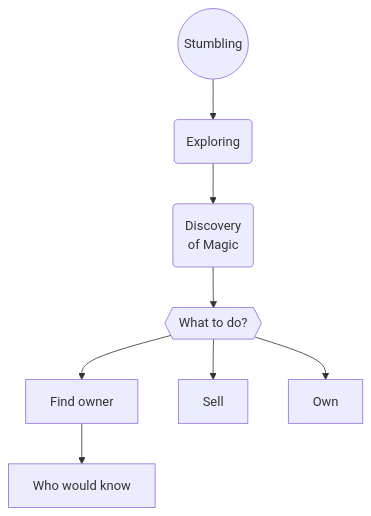
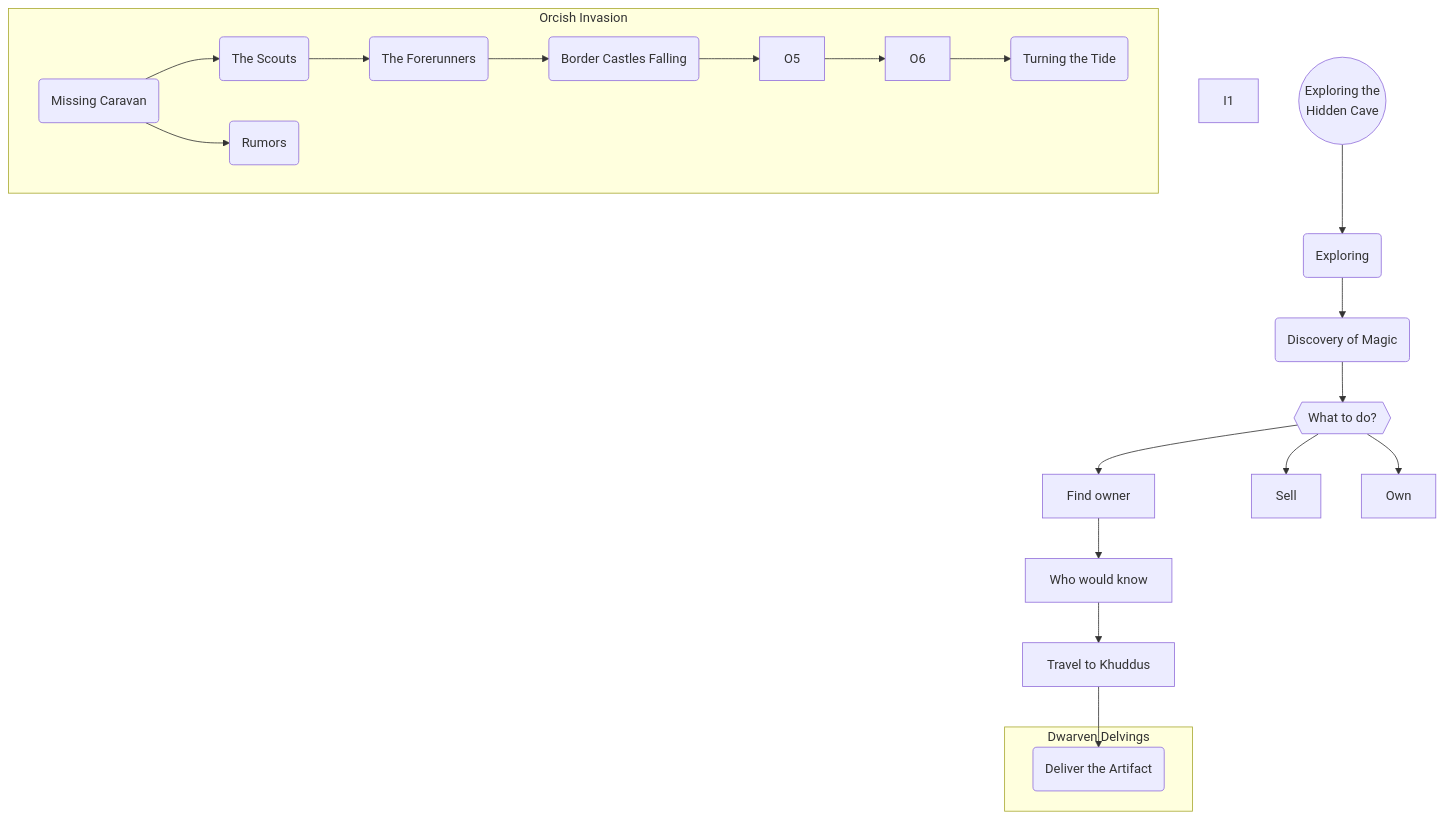
Before and after one commit to eserlan/brinesia: the diagram in campaign arc.md, drawn with Mermaid.

Commit message:
setting it up

````diff
--- a/campaign arc.md
+++ b/campaign arc.md
@@ -1,14 +1,48 @@
 ```mermaid
 graph TD; 
-    A((Stumbling)) --> B(Exploring)    
-    B --> C1(Discovery </br> of Magic)
-    C1 --> C{{What to do?}}
-    C --> D[Find owner]
-    C --> E[Sell]
-    C --> F[Own]
+
+I1
+
+
+A((Exploring the </br>Hidden Cave)) --> B(Exploring)    
+B --> C1(Discovery  of Magic)
+C1 --> C{{What to do?}}
+C --> D[Find owner]
+C --> E[Sell]
+C --> F[Own]
+
+D --> D2[Who would know]
+
+
+
+D2 --> Ini1[Travel to Khuddus]    
+
+subgraph OI [Orcish Invasion]
+    O1(Missing Caravan)
+    O1.1(Rumors)
+    O2(The Scouts)
+    O3(The Forerunners)
+    O4(Border Castles Falling)
     
-    D --> D2[Who would know]
+    O5
+    O6
     
-    click A "https://github.com/eserlan/brinesia/blob/main/stumbling.md"
-    
+    O9(Turning the Tide)
+           
+    O1 --> O2
+    O1 --> O1.1
+    O2 --> O3
+    O3 --> O4
+    O4 --> O5
+    O5 --> O6
+            
+    O6 --> O9
+end
+
+subgraph DD [Dwarven Delvings]
+    D1(Deliver the Artifact)
+
+end
+
+Ini1 --> D1
 ```
````
